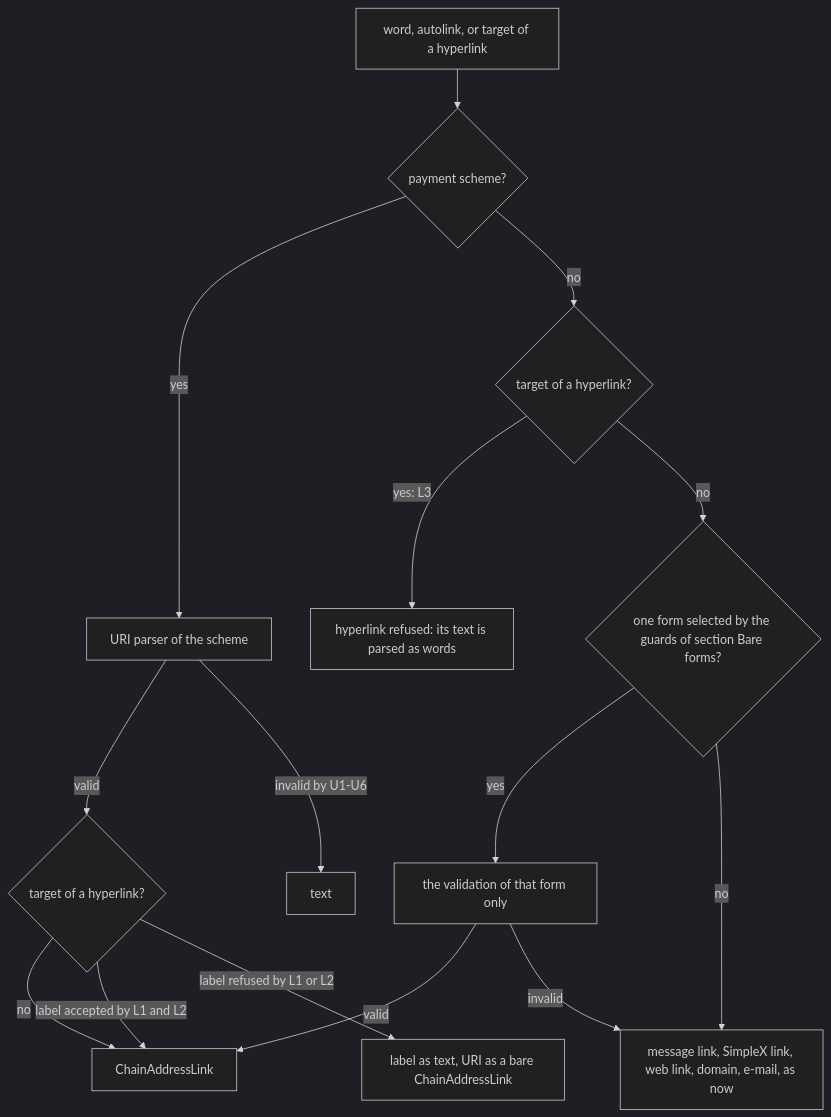
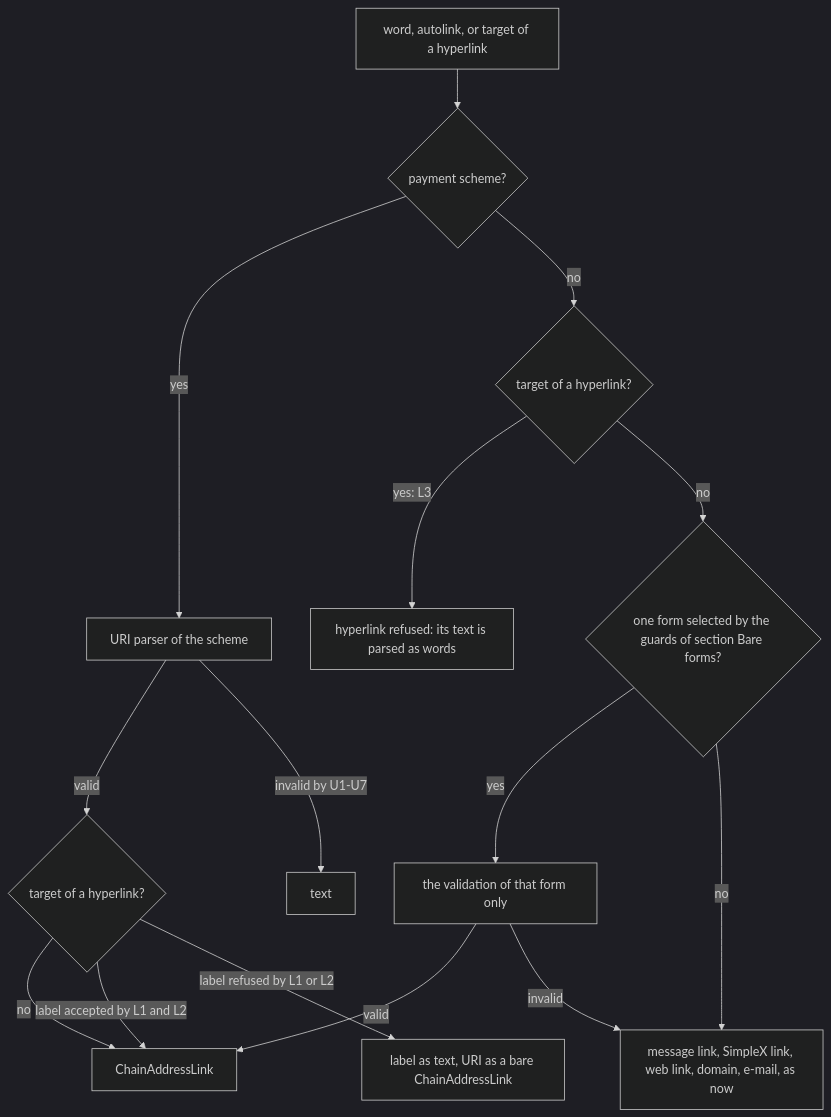
The second of 9 diagrams in plans/2026-11-22-payment-addresses.md (simplex-chat/simplex-chat), drawn with Mermaid (dark theme) before and after one commit. The commit also changed other lines of this file, not shown here.

Commit message:
core: payment addresses plan limits decimals of Solana tokens

````diff
--- a/plans/2026-11-22-payment-addresses.md
+++ b/plans/2026-11-22-payment-addresses.md
@@ -317,17 +318,17 @@
 ```mermaid
 flowchart TD
   W["word, autolink, or target of a hyperlink"] --> S{"payment scheme?"}
   S -->|yes| U["URI parser of the scheme"]
   S -->|no| H{"target of a hyperlink?"}
   H -->|"yes: L3"| X["hyperlink refused: its text is parsed as words"]
   H -->|no| B{"one form selected by the guards of section Bare forms?"}
   B -->|yes| V["the validation of that form only"]
   B -->|no| O["message link, SimpleX link, web link, domain, e-mail, as now"]
   U -->|valid| L{"target of a hyperlink?"}
-  U -->|"invalid by U1-U6"| T["text"]
+  U -->|"invalid by U1-U7"| T["text"]
   V -->|valid| P["ChainAddressLink"]
   V -->|invalid| O
   L -->|no| P
   L -->|"label accepted by L1 and L2"| P
   L -->|"label refused by L1 or L2"| R["label as text, URI as a bare ChainAddressLink"]
 ```
````
